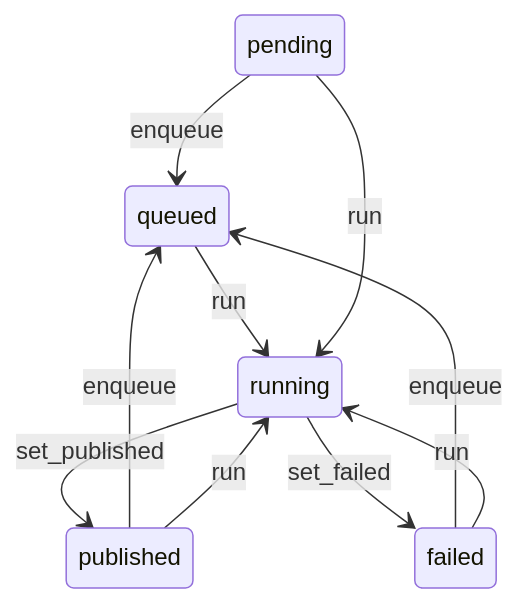
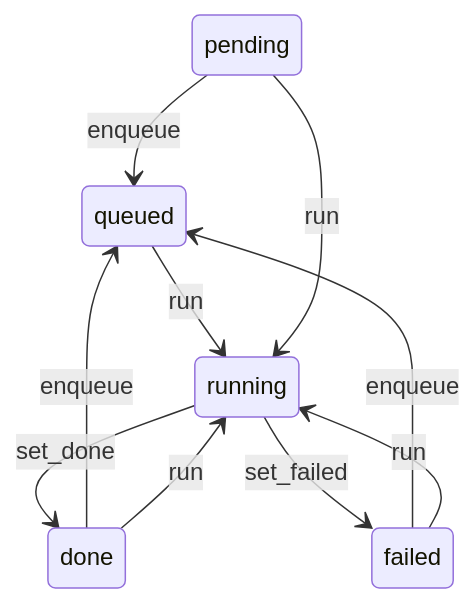
The diagram in lib/data_aggregator/records/publication/publication-mermaid-flowchart.md (zebbra/data_aggregator), drawn with Mermaid before and after one commit. The commit also changed 4 other files, not shown here.

````diff
--- a/lib/data_aggregator/records/publication/publication-mermaid-flowchart.md
+++ b/lib/data_aggregator/records/publication/publication-mermaid-flowchart.md
@@ -1,12 +1,12 @@
 ```mermaid
 stateDiagram-v2
 pending --> queued: enqueue
 queued --> running: run
-running --> published: set_published
-published --> queued: enqueue
-published --> running: run
+running --> done: set_done
+done --> queued: enqueue
+done --> running: run
 running --> failed: set_failed
 failed --> queued: enqueue
 failed --> running: run
 pending --> running: run
 ```
````
